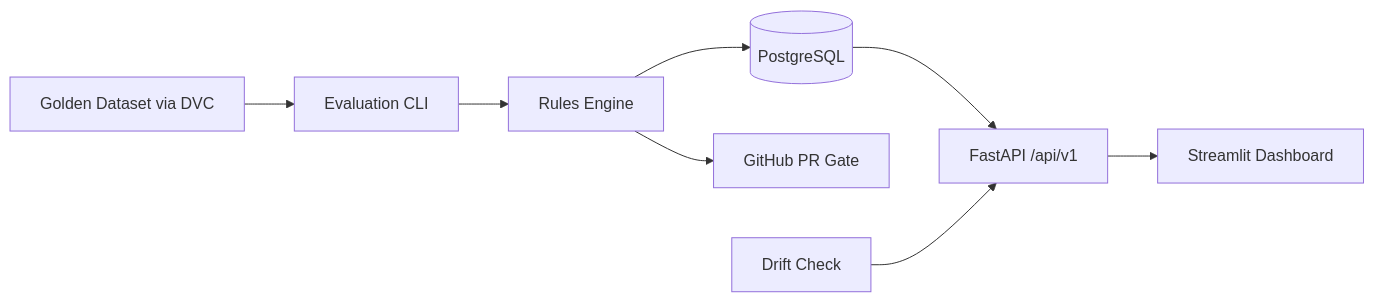
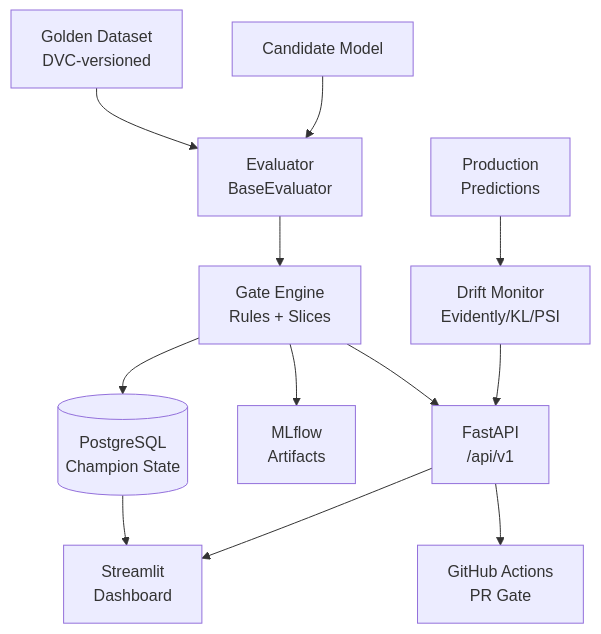
Before and after one commit to Rytnix786/Ares: the diagram in README.md, drawn with Mermaid. The commit also changed other lines of this file and 43 other files, not shown here.

````diff
--- a/README.md
+++ b/README.md
@@ -26,10 +45,14 @@
 ```mermaid
-flowchart LR
-  DVC[Golden Dataset via DVC] --> CLI[Evaluation CLI]
-  CLI --> Gate[Rules Engine]
-  Gate --> DB[(PostgreSQL)]
-  DB --> API[FastAPI /api/v1]
-  API --> Dash[Streamlit Dashboard]
-  Gate --> CI[GitHub PR Gate]
-  Drift[Drift Check] --> API
+graph TD
+    DS[Golden Dataset<br/>DVC-versioned] --> EV[Evaluator<br/>BaseEvaluator]
+    CM[Candidate Model] --> EV
+    EV --> GA[Gate Engine<br/>Rules + Slices]
+    GA --> DB[(PostgreSQL<br/>Champion State)]
+    GA --> ML[MLflow<br/>Artifacts]
+    GA --> AP[FastAPI<br/>/api/v1]
+    AP --> DH[Streamlit<br/>Dashboard]
+    AP --> CI[GitHub Actions<br/>PR Gate]
+    DB --> DH
+    PR[Production<br/>Predictions] --> DR[Drift Monitor<br/>Evidently/KL/PSI]
+    DR --> AP
 ```
````
